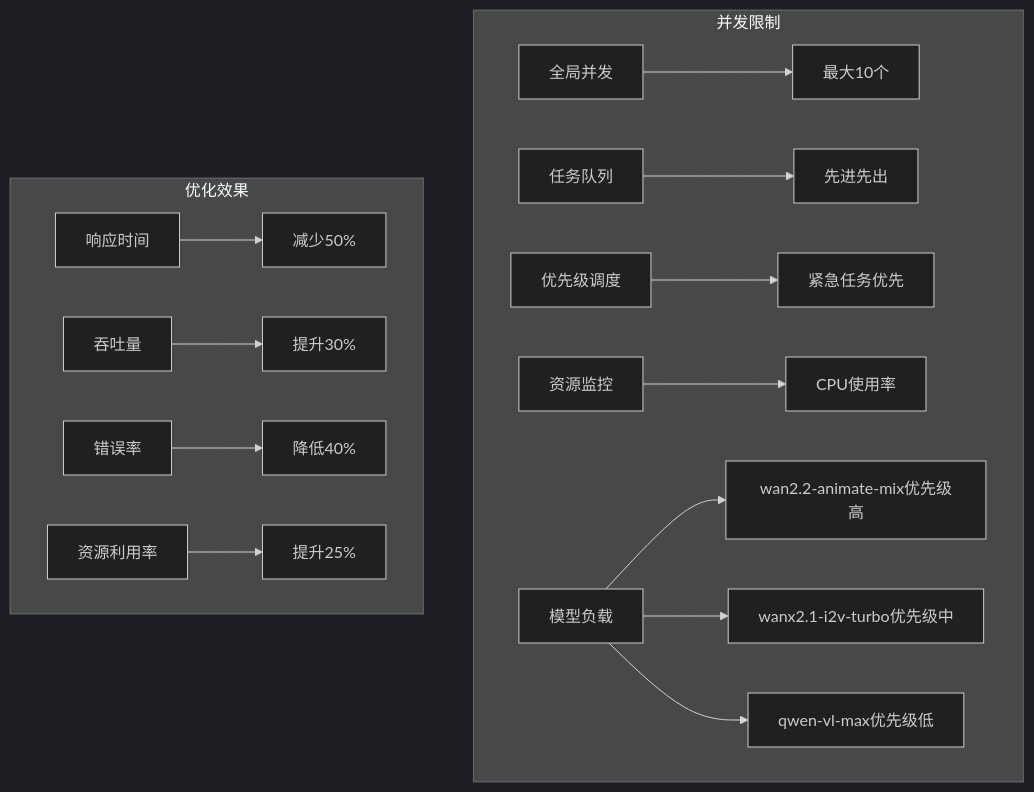
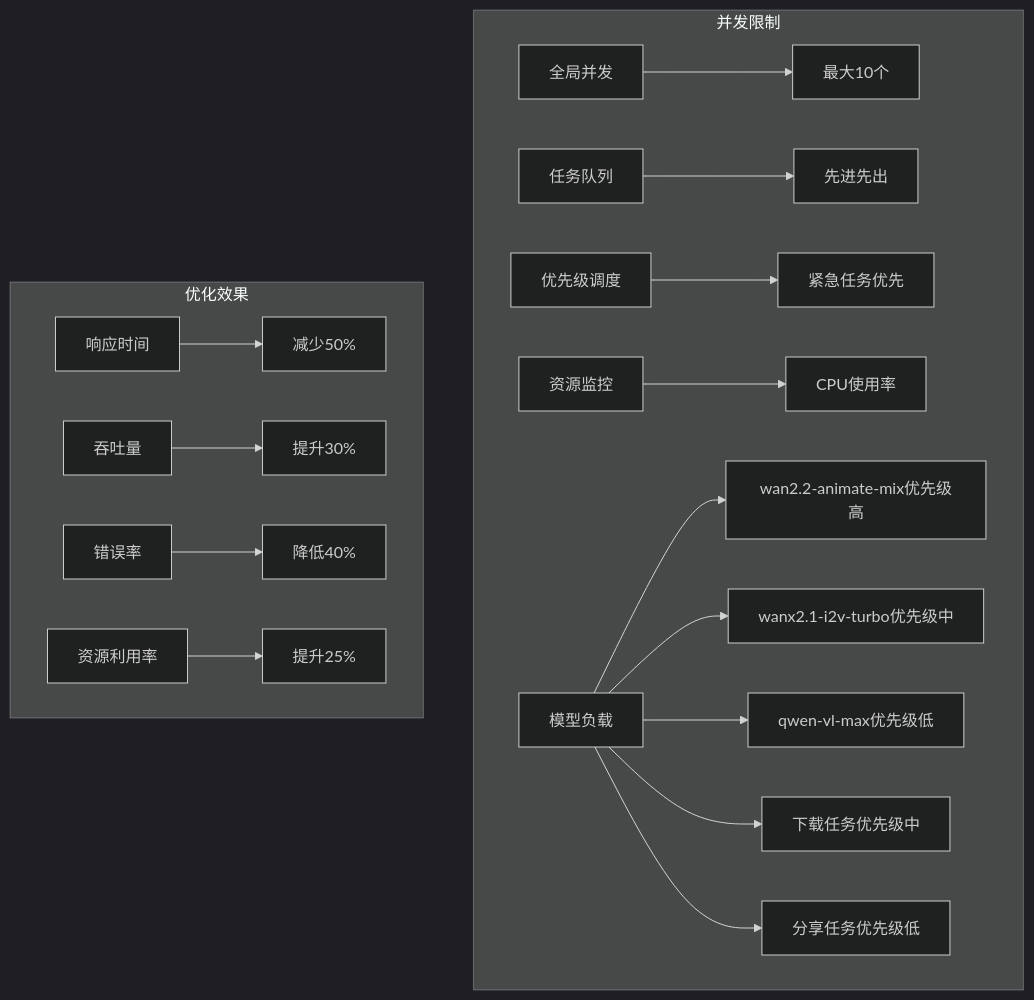
Before and after one commit to zuozuoliu740-cmd/xianxiong-news: the seventh of 8 diagrams in .qoder/repowiki/zh/content/Dashscope Integration.md, drawn with Mermaid (dark theme). The commit also changed other lines of this file and 20 other files, not shown here.

````diff
--- a/.qoder/repowiki/zh/content/Dashscope Integration.md
+++ b/.qoder/repowiki/zh/content/Dashscope Integration.md
@@ -394,18 +471,20 @@
 ```mermaid
 graph TB
 subgraph "并发限制"
 A[全局并发] --> A1[最大10个]
 B[任务队列] --> B1[先进先出]
 C[优先级调度] --> C1[紧急任务优先]
 D[资源监控] --> D1[CPU使用率]
 E[模型负载] --> E1[wan2.2-animate-mix优先级高]
 E --> E2[wanx2.1-i2v-turbo优先级中]
 E --> E3[qwen-vl-max优先级低]
+E --> E4[下载任务优先级中]
+E --> E5[分享任务优先级低]
 end
 subgraph "优化效果"
 F[响应时间] --> F1[减少50%]
 G[吞吐量] --> G1[提升30%]
 H[错误率] --> H1[降低40%]
 I[资源利用率] --> I1[提升25%]
 end
 ```
````
